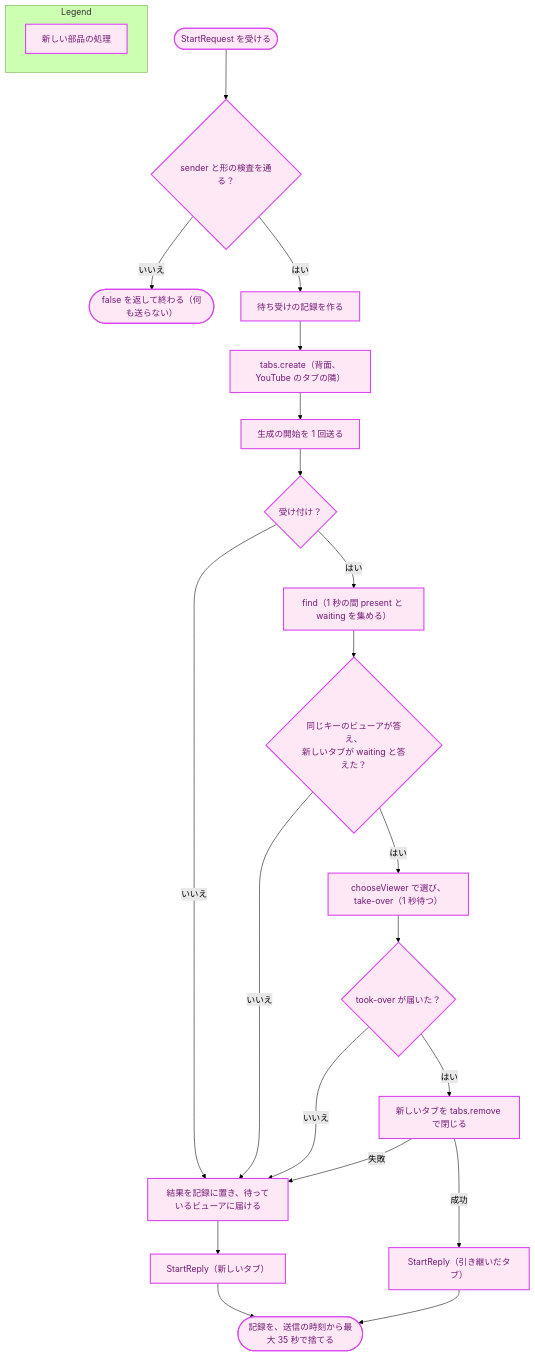
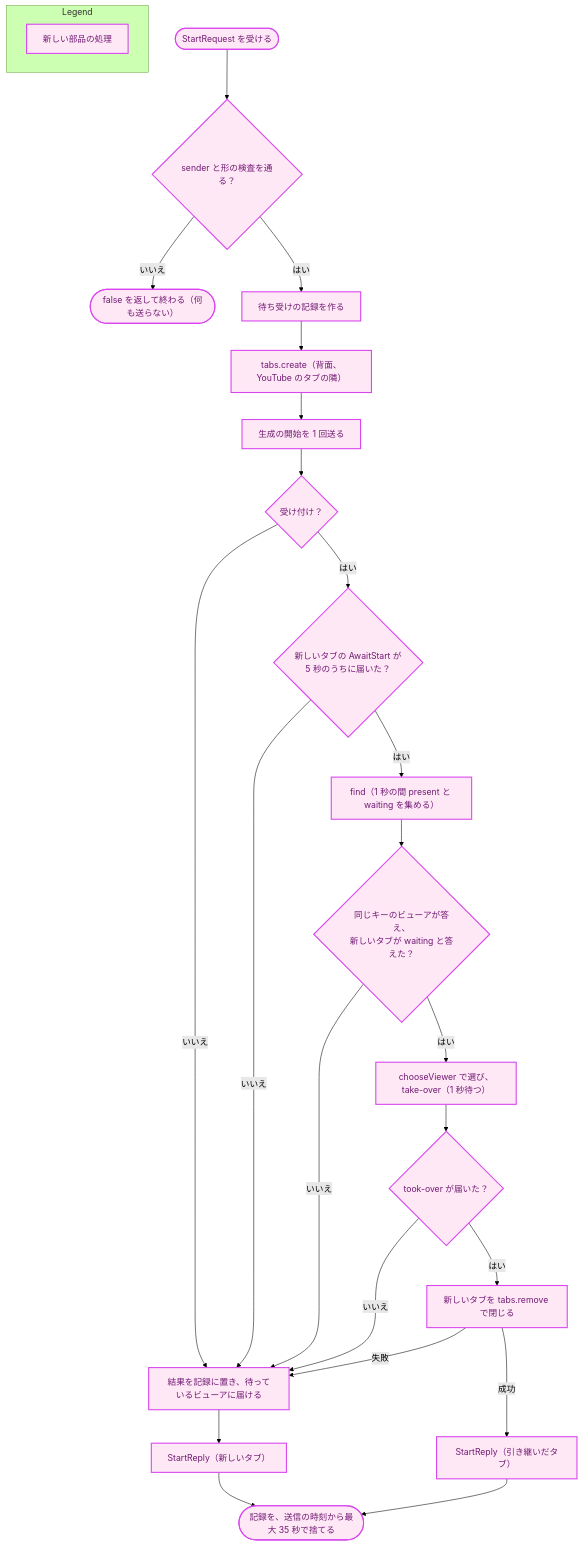
Before and after one commit to isseis/yt2column: the sixth of 11 diagrams in docs/tasks/0050_viewer_tab/02_architecture.md, drawn with Mermaid (forest theme). The commit also changed other lines of this file and 3 other files, not shown here.

````diff
--- a/docs/tasks/0050_viewer_tab/02_architecture.md
+++ b/docs/tasks/0050_viewer_tab/02_architecture.md
@@ -1609,31 +1617,33 @@
 ```mermaid
 flowchart TD
     classDef newpkg fill:#ffe8f5,stroke:#d946ef,stroke-width:2px,color:#701a75;
 
     A(["StartRequest を受ける"]) --> B{"sender と形の検査を通る？"}
     B -->|"いいえ"| Z(["false を返して終わる（何も送らない）"])
     B -->|"はい"| C["待ち受けの記録を作る"]
     C --> D["tabs.create（背面、YouTube のタブの隣）"]
     D --> E["生成の開始を 1 回送る"]
     E --> F{"受け付け？"}
     F -->|"いいえ"| G["結果を記録に置き、待っているビューアに届ける"]
-    F -->|"はい"| H["find（1 秒の間 present と waiting を集める）"]
+    F -->|"はい"| W{"新しいタブの AwaitStart が<br>5 秒のうちに届いた？"}
+    W -->|"いいえ"| G
+    W -->|"はい"| H["find（1 秒の間 present と waiting を集める）"]
     H --> I{"同じキーのビューアが答え、<br>新しいタブが waiting と答えた？"}
     I -->|"いいえ"| G
     I -->|"はい"| J["chooseViewer で選び、take-over（1 秒待つ）"]
     J --> K{"took-over が届いた？"}
     K -->|"いいえ"| G
     K -->|"はい"| L["新しいタブを tabs.remove で閉じる"]
     L -->|"失敗"| G
     L -->|"成功"| M["StartReply（引き継いだタブ）"]
     G --> O["StartReply（新しいタブ）"]
     M --> P(["記録を、送信の時刻から最大 35 秒で捨てる"])
     O --> P
 
-    class A,B,C,D,E,F,G,H,I,J,K,L,M,O,P,Z newpkg
+    class A,B,C,D,E,F,G,H,I,J,K,L,M,O,P,W,Z newpkg
 
     subgraph Legend["Legend"]
         L1["新しい部品の処理"]
     end
     class L1 newpkg
 ```
````
